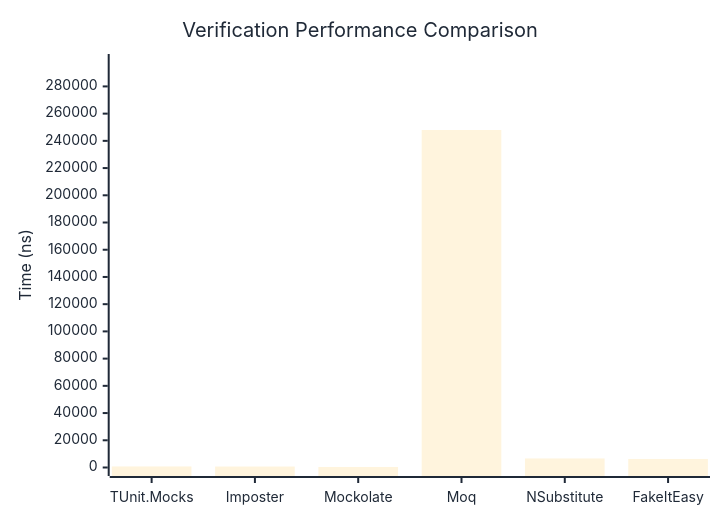
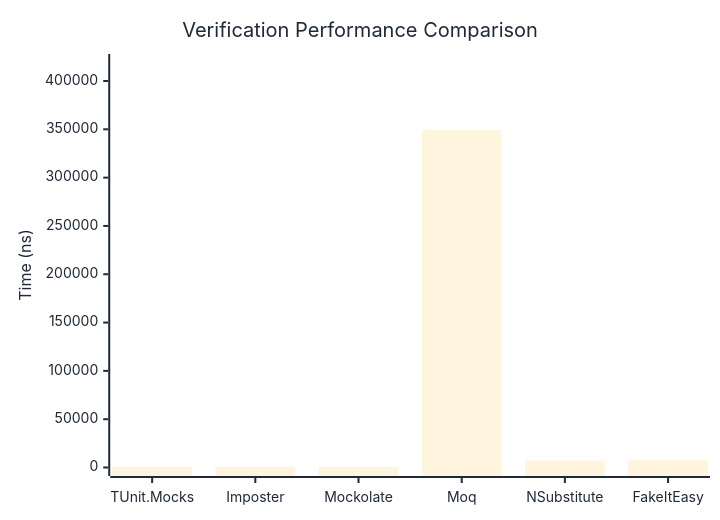
The first of 3 diagrams in docs/docs/benchmarks/mocks/Verification.md (thomhurst/TUnit), drawn with Mermaid before and after one commit. The commit also changed other lines of this file and 14 other files, not shown here.

````diff
--- a/docs/docs/benchmarks/mocks/Verification.md
+++ b/docs/docs/benchmarks/mocks/Verification.md
@@ -30,27 +30,27 @@
 ```mermaid
 %%{init: {
   'theme':'base',
   'themeVariables': {
     'primaryColor': '#2563eb',
     'primaryTextColor': '#1f2937',
     'primaryBorderColor': '#1e40af',
     'lineColor': '#6b7280',
     'secondaryColor': '#7c3aed',
     'tertiaryColor': '#dc2626',
     'background': '#ffffff',
     'pie1': '#2563eb',
     'pie2': '#7c3aed',
     'pie3': '#dc2626',
     'pie4': '#f59e0b',
     'pie5': '#10b981',
     'pie6': '#06b6d4',
     'pie7': '#ec4899',
     'pie8': '#6366f1'
   }
 }}%%
 xychart-beta
   title "Verification Performance Comparison"
   x-axis ["TUnit.Mocks", "Imposter", "Mockolate", "Moq", "NSubstitute", "FakeItEasy"]
-  y-axis "Time (ns)" 0 --> 297569
-  bar [773.69, 704.06, 401.44, 247973.91, 6643.25, 6280.89]
+  y-axis "Time (ns)" 0 --> 419135
+  bar [734.13, 708.53, 405.03, 349278.41, 7086.98, 7505.15]
 ```
````
